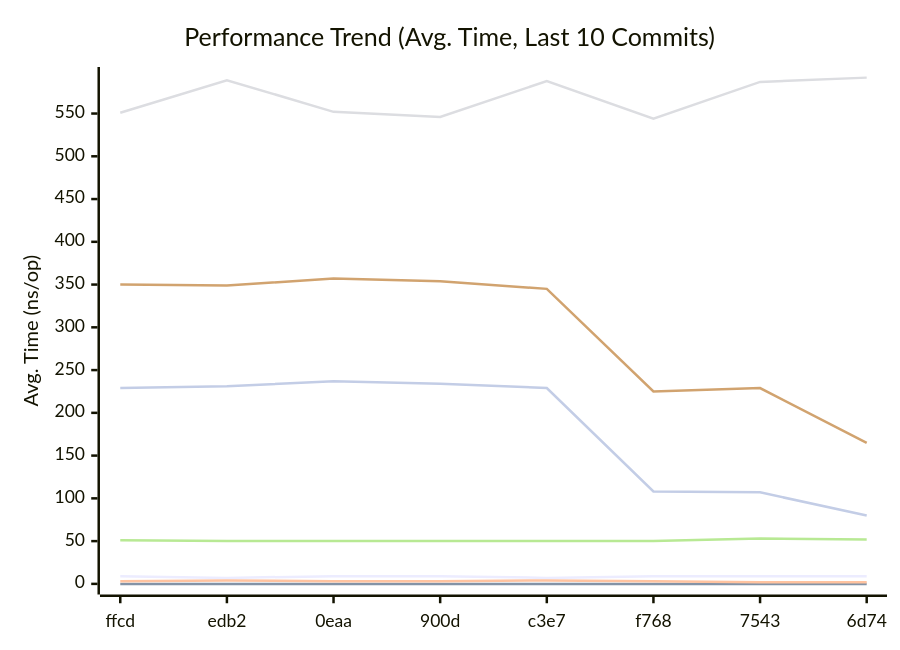
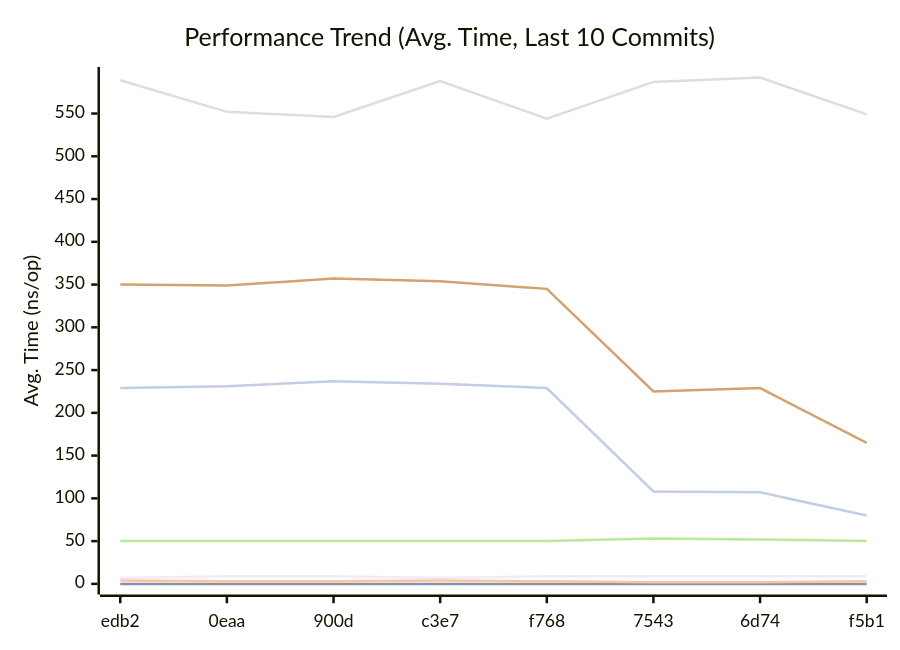
Before and after one commit to alsotoes/momo: the first of 3 diagrams in docs/README.md, drawn with Mermaid. The commit also changed other lines of this file and 1 other file, not shown here.

````diff
--- a/docs/README.md
+++ b/docs/README.md
@@ -303,14 +303,14 @@
 ```mermaid
 xychart-beta
     title "Performance Trend (Avg. Time, Last 10 Commits)"
     x-axis "Commit"
     y-axis "Avg. Time (ns/op)"
-    x-axis [ffcd,edb2,0eaa,900d,c3e7,f768,7543,6d74]
-    line "CheckMetricsAndSwap" [9,7,9,9,7,9,9,9,9,9]
+    x-axis [edb2,0eaa,900d,c3e7,f768,7543,6d74,f5b1]
+    line "CheckMetricsAndSwap" [7,9,9,7,9,9,9,9,9,8]
     line "IndexDirectTracking" [0,0,0,0,0,0,0,0,0,0]
-    line "IndexSearch" [3,4,3,3,4,3,2,2,3,3]
-    line "LoadGlobalConfig" [551,589,552,546,588,544,587,592,549,546]
-    line "PadString" [51,50,50,50,50,50,53,52,50,50]
+    line "IndexSearch" [4,3,3,4,3,2,2,3,3,4]
+    line "LoadGlobalConfig" [589,552,546,588,544,587,592,549,546,596]
+    line "PadString" [50,50,50,50,50,53,52,50,50,49]
     line "ParseReplicationOrder_NoPrealloc" [350,349,357,354,345,225,229,165,232,234]
     line "ParseReplicationOrder_Prealloc" [229,231,237,234,229,108,107,80,110,109]
 ```
````
